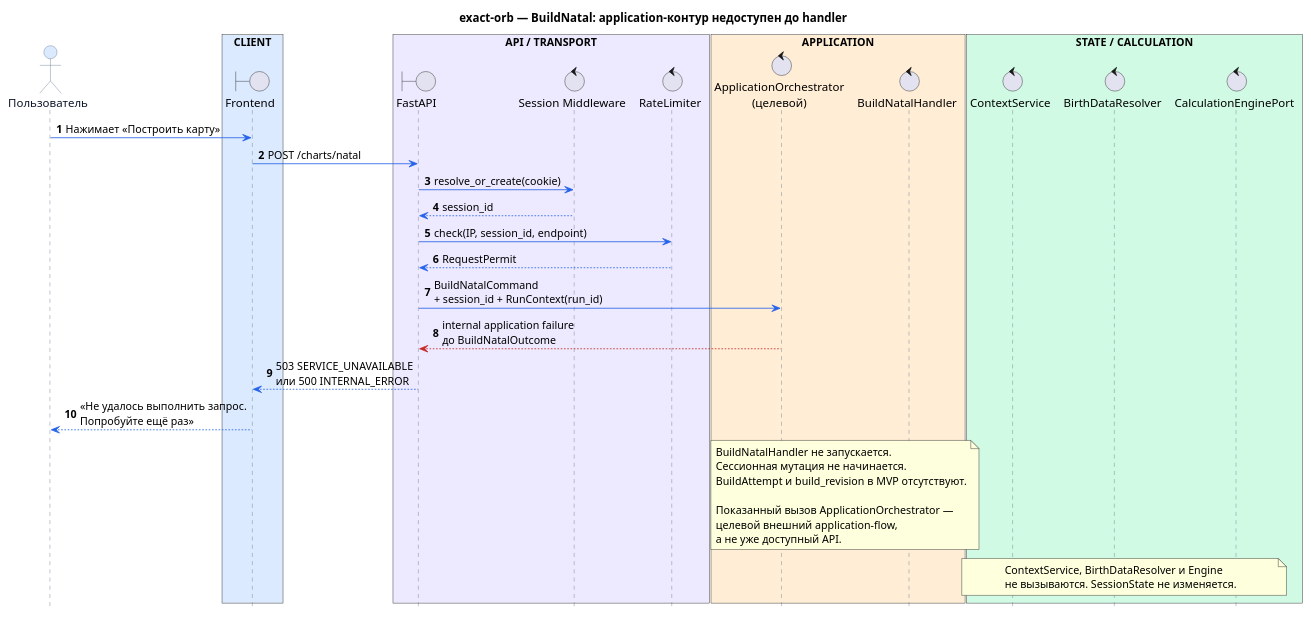
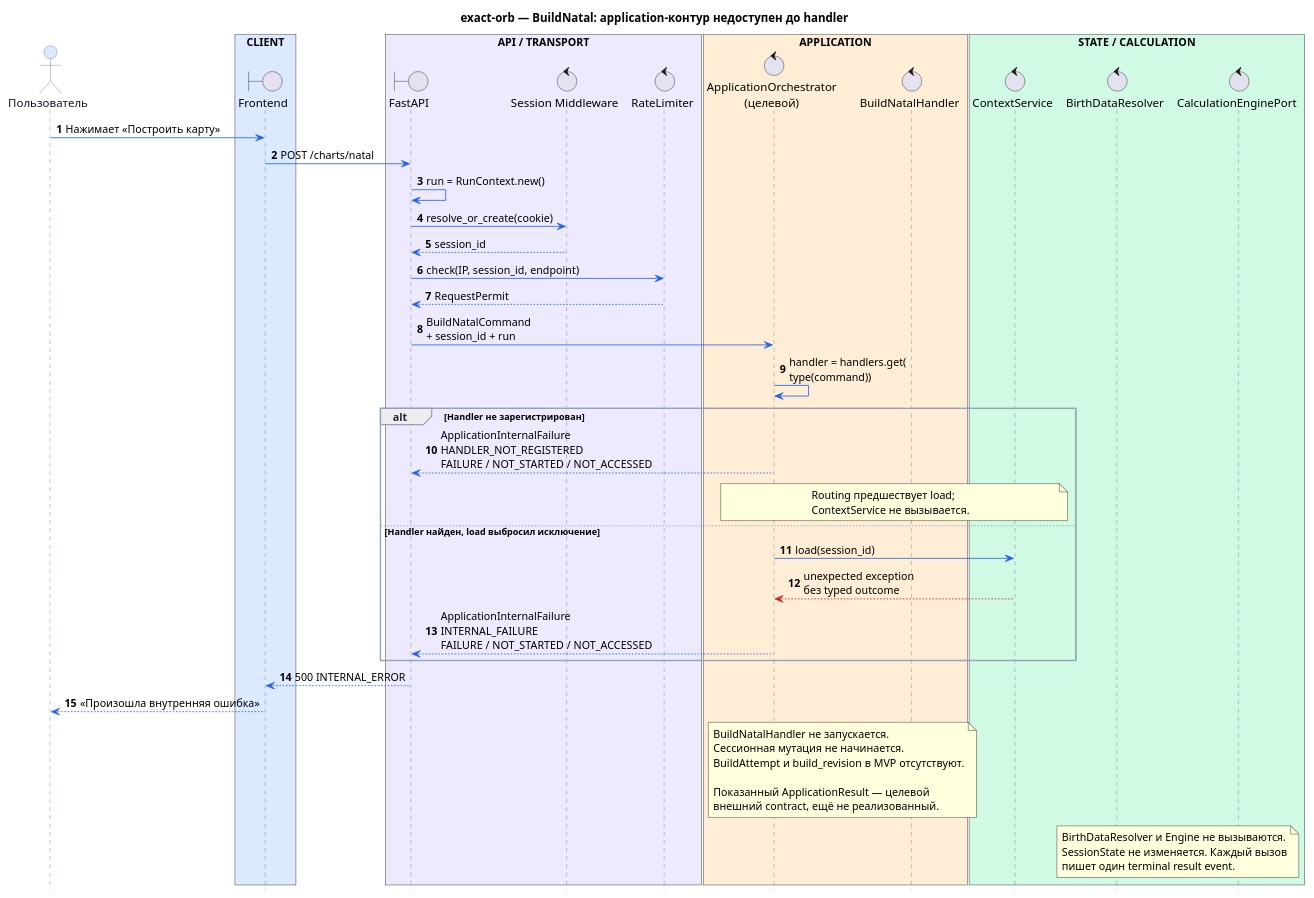
One commit to ksenia-baranova/exact-orb-demo changed the diagram in docs/sequence_diagrams/build_natal/008-build_natal_application_unavailable.puml. Above: the diagram before and after it, drawn with PlantUML. The commit also changed 28 other files, not shown here.

Commit message:
docs: update architecture diagrams, overview, and scenarios

```diff
--- a/docs/sequence_diagrams/build_natal/008-build_natal_application_unavailable.puml
+++ b/docs/sequence_diagrams/build_natal/008-build_natal_application_unavailable.puml
@@ -1,82 +1,96 @@
 @startuml
 title exact-orb — BuildNatal: application-контур недоступен до handler
 
 ' Актуальный транспортный сценарий N2.
 ' ApplicationOrchestrator и внешний ApplicationResult — целевой контур,
 ' ещё не реализованный как доступный API.
 
 autonumber
 hide footbox
 
 skinparam shadowing false
 skinparam responseMessageBelowArrow true
 skinparam sequence {
     ArrowColor #2563EB
     LifeLineBorderColor #64748B
     LifeLineBackgroundColor #FFFFFF
     ParticipantBorderColor #64748B
     ParticipantFontColor #0F172A
     ParticipantBackgroundColor #F8FAFC
     ActorBorderColor #64748B
     ActorFontColor #0F172A
     ActorBackgroundColor #DBEAFE
     GroupBorderColor #94A3B8
     GroupHeaderFontColor #1E293B
     DividerBorderColor #94A3B8
     DividerFontColor #1E293B
     NoteBorderColor #94A3B8
     NoteBackgroundColor #FFFBEA
     NoteFontColor #334155
 }
 
 actor "Пользователь" as User
 
 box "CLIENT" #DBEAFE
     boundary "Frontend" as FE
 end box
 
 box "API / TRANSPORT" #EDE9FE
     boundary "FastAPI" as API
     control "Session Middleware" as Session
     control "RateLimiter" as Rate
 end box
 
 box "APPLICATION" #FFEDD5
     control "ApplicationOrchestrator\n(целевой)" as Orch
     control "BuildNatalHandler" as Handler
 end box
 
 box "STATE / CALCULATION" #D1FAE5
     control "ContextService" as Context
     control "BirthDataResolver" as Resolver
     control "CalculationEnginePort" as Engine
 end box
 
 User -> FE : Нажимает «Построить карту»
 FE -> API : POST /charts/natal
+API -> API : run = RunContext.new()
 API -> Session : resolve_or_create(cookie)
 Session --> API : session_id
 API -> Rate : check(IP, session_id, endpoint)
 Rate --> API : RequestPermit
 
-API -> Orch : BuildNatalCommand\n+ session_id + RunContext(run_id)
-Orch -[#C62828]-> API : internal application failure\nдо BuildNatalOutcome
-API --> FE : 503 SERVICE_UNAVAILABLE\nили 500 INTERNAL_ERROR
-FE --> User : «Не удалось выполнить запрос.\nПопробуйте ещё раз»
+API -> Orch : BuildNatalCommand\n+ session_id + run
+Orch -> Orch : handler = handlers.get(\ntype(command))
+
+alt Handler не зарегистрирован
+    Orch --> API : ApplicationInternalFailure\nHANDLER_NOT_REGISTERED\nFAILURE / NOT_STARTED / NOT_ACCESSED
+    note over Orch, Context
+    Routing предшествует load;
+    ContextService не вызывается.
+    end note
+else Handler найден, load выбросил исключение
+    Orch -> Context : load(session_id)
+    Context -[#C62828]-> Orch : unexpected exception\nбез typed outcome
+    Orch --> API : ApplicationInternalFailure\nINTERNAL_FAILURE\nFAILURE / NOT_STARTED / NOT_ACCESSED
+end
+
+API --> FE : 500 INTERNAL_ERROR
+FE --> User : «Произошла внутренняя ошибка»
 
 note over Orch, Handler
 BuildNatalHandler не запускается.
 Сессионная мутация не начинается.
 BuildAttempt и build_revision в MVP отсутствуют.
 
-Показанный вызов ApplicationOrchestrator —
-целевой внешний application-flow,
-а не уже доступный API.
+Показанный ApplicationResult — целевой
+внешний contract, ещё не реализованный.
 end note
 
-note over Context, Engine
-ContextService, BirthDataResolver и Engine
-не вызываются. SessionState не изменяется.
+note over Resolver, Engine
+BirthDataResolver и Engine не вызываются.
+SessionState не изменяется. Каждый вызов
+пишет один terminal result event.
 end note
 
 @enduml
```
